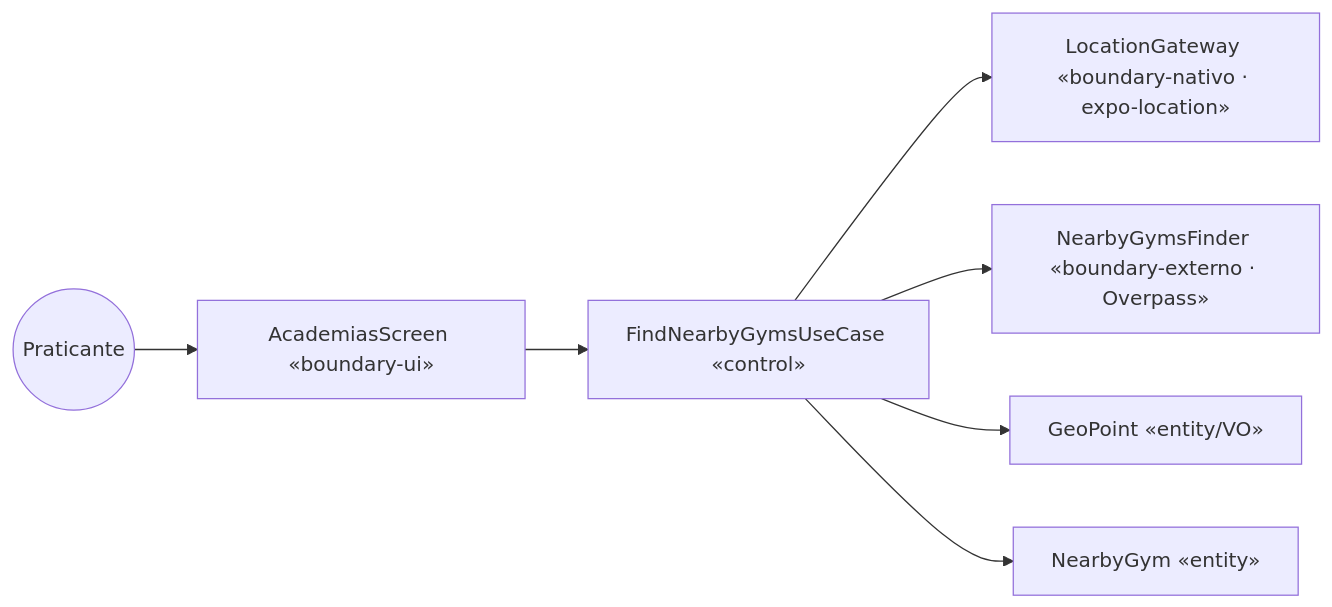
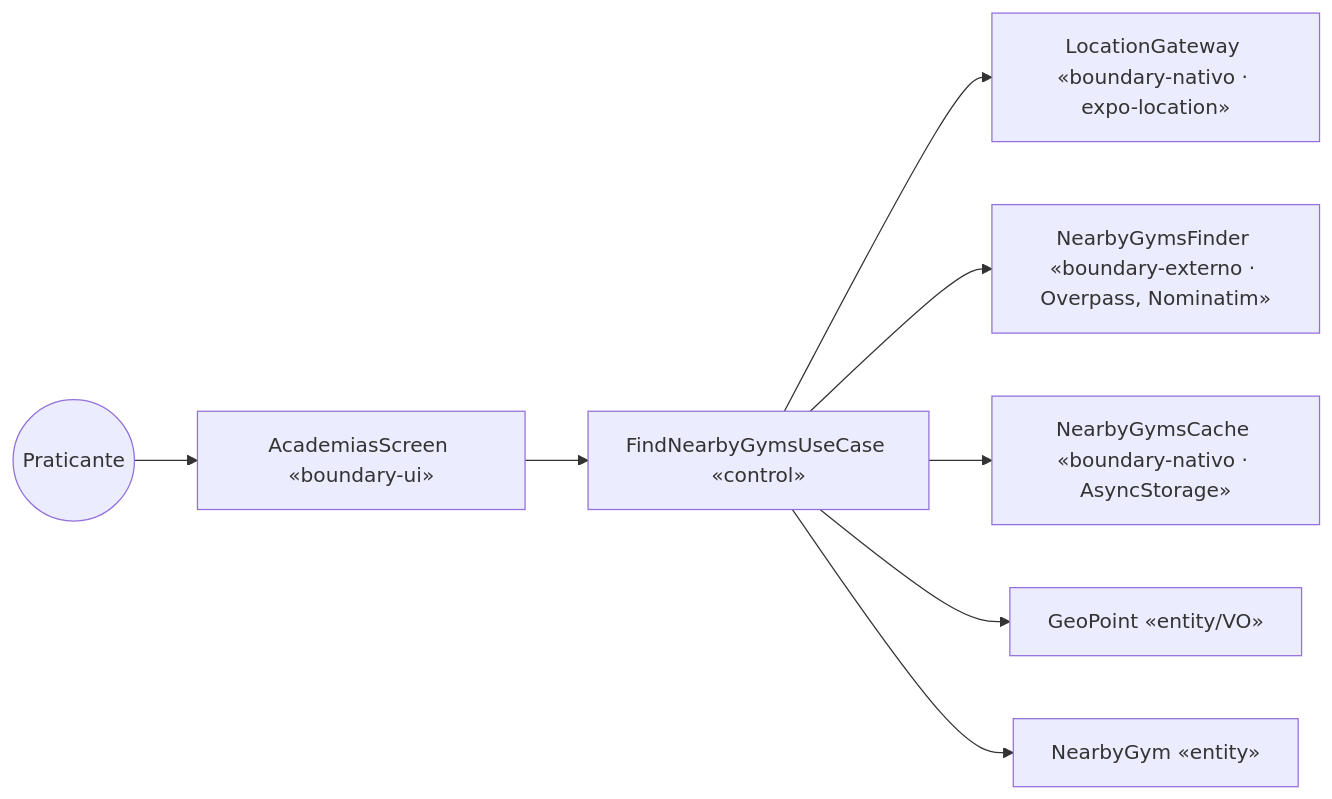
One commit to Pexiss-18/PX-Gym changed the fourth of 5 diagrams in docs/06-fronteira-controle-entidade.md. Above: the diagram before and after it, drawn with Mermaid. The commit also changed other lines of this file and 20 other files, not shown here.

````diff
--- a/docs/06-fronteira-controle-entidade.md
+++ b/docs/06-fronteira-controle-entidade.md
@@ -51,17 +110,19 @@
 ```mermaid
 flowchart LR
     Ator((Praticante))
     B["AcademiasScreen «boundary-ui»"]
     C["FindNearbyGymsUseCase «control»"]
     Loc["LocationGateway «boundary-nativo · expo-location»"]
-    F["NearbyGymsFinder «boundary-externo · Overpass»"]
+    F["NearbyGymsFinder «boundary-externo · Overpass, Nominatim»"]
+    K["NearbyGymsCache «boundary-nativo · AsyncStorage»"]
     E1["GeoPoint «entity/VO»"]
     E2["NearbyGym «entity»"]
 
     Ator --> B
     B --> C
     C --> Loc
     C --> F
+    C --> K
     C --> E1
     C --> E2
 ```
````
